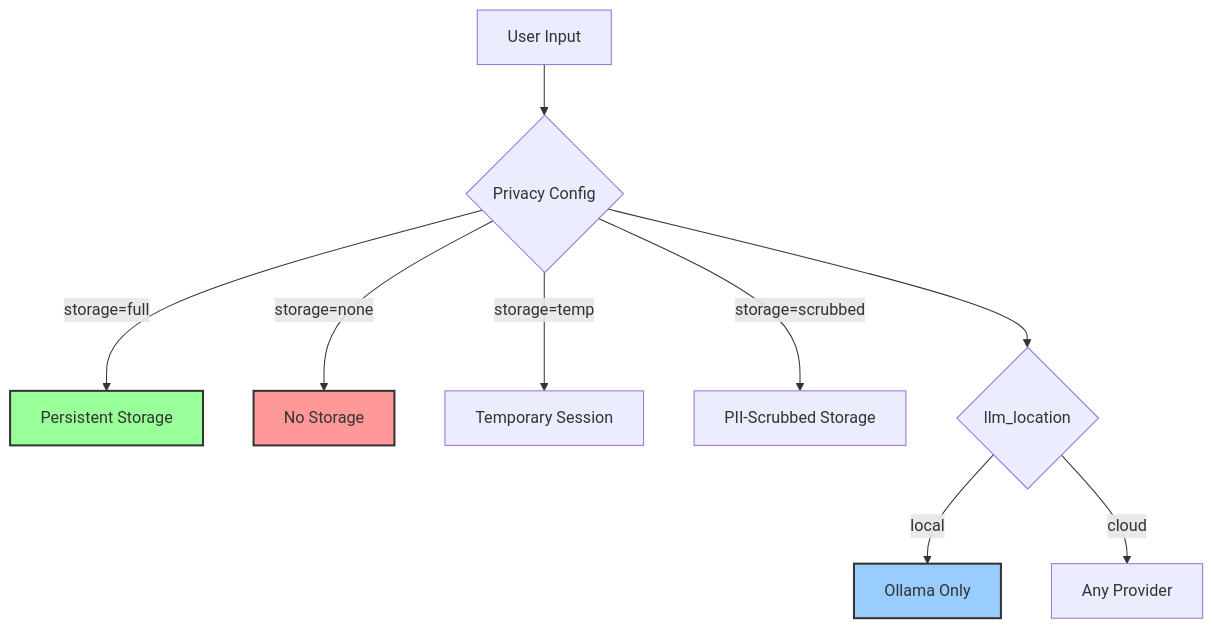
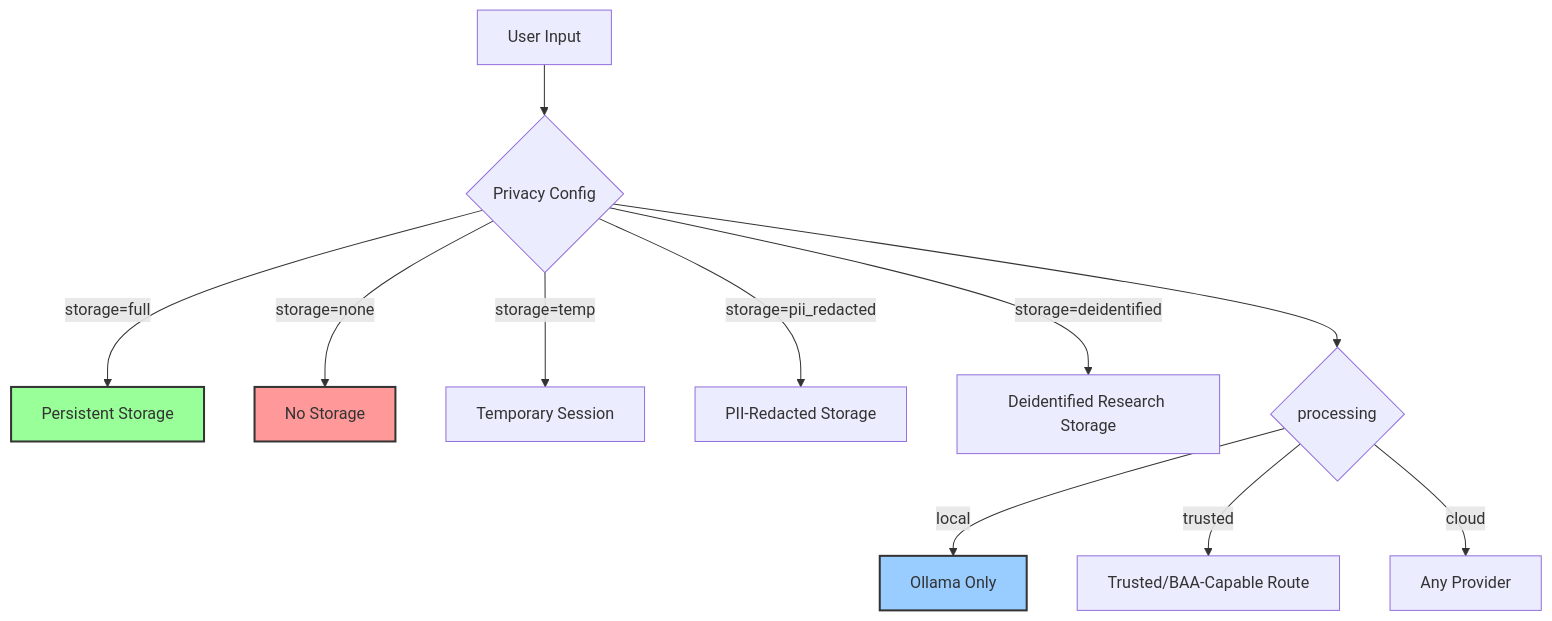
Before and after one commit to KestrelSovereignAI/kestrel-sovereign: the first of 2 diagrams in docs/architecture/security/PRIVACY_MODES.md, drawn with Mermaid. The commit also changed other lines of this file and 18 other files, not shown here.

````diff
--- a/docs/architecture/security/PRIVACY_MODES.md
+++ b/docs/architecture/security/PRIVACY_MODES.md
@@ -31,17 +36,19 @@
 ```mermaid
 graph TD
     A[User Input] --> B{Privacy Config}
     
     B -->|storage=full| C[Persistent Storage]
     B -->|storage=none| D[No Storage]
     B -->|storage=temp| E[Temporary Session]
-    B -->|storage=scrubbed| F[PII-Scrubbed Storage]
+    B -->|storage=pii_redacted| F[PII-Redacted Storage]
+    B -->|storage=deidentified| J[Deidentified Research Storage]
     
-    B --> G{llm_location}
+    B --> G{processing}
     G -->|local| H[Ollama Only]
+    G -->|trusted| K[Trusted/BAA-Capable Route]
     G -->|cloud| I[Any Provider]
     
     style D fill:#ff9999,stroke:#333,stroke-width:2px
     style H fill:#99ccff,stroke:#333,stroke-width:2px
     style C fill:#99ff99,stroke:#333,stroke-width:2px
 ```
````
